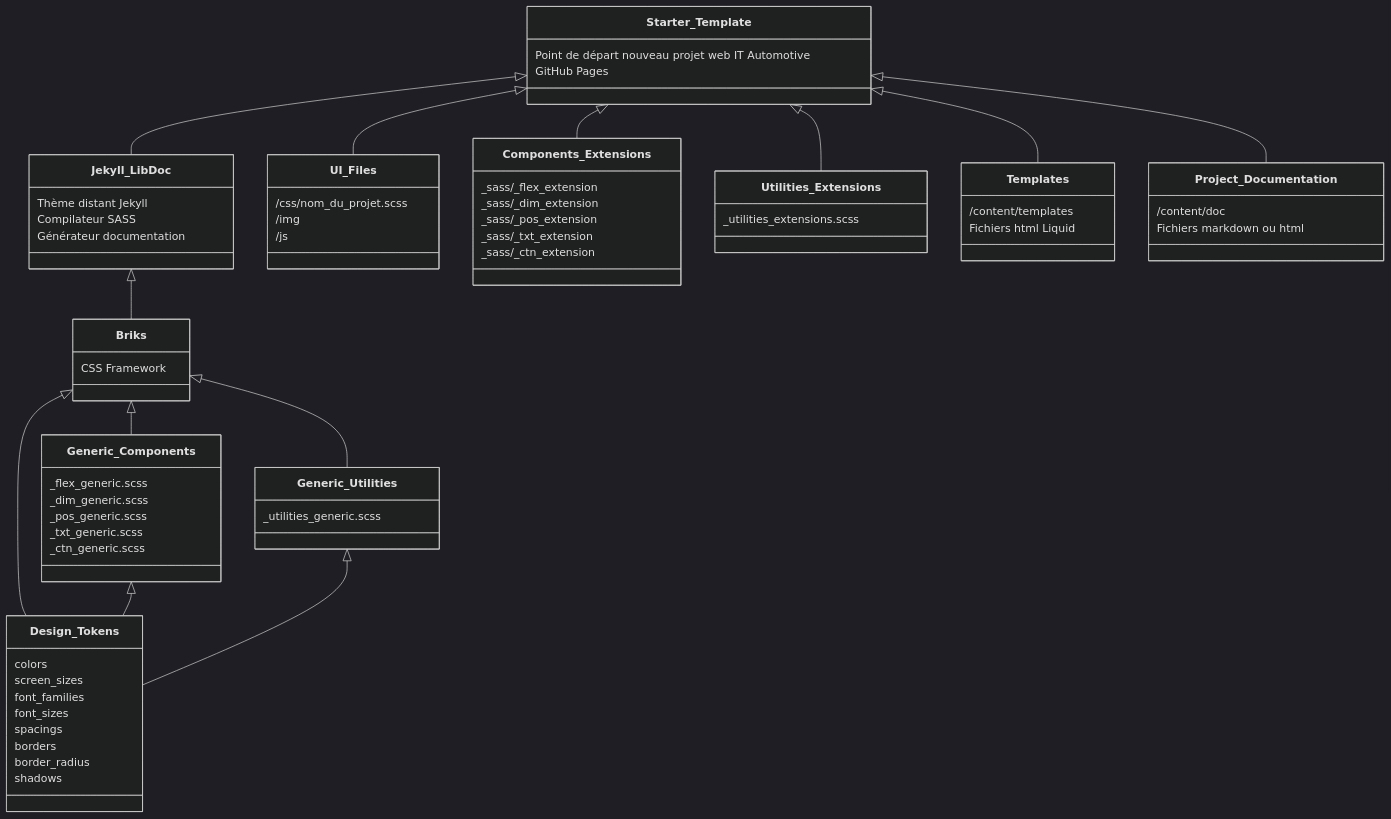
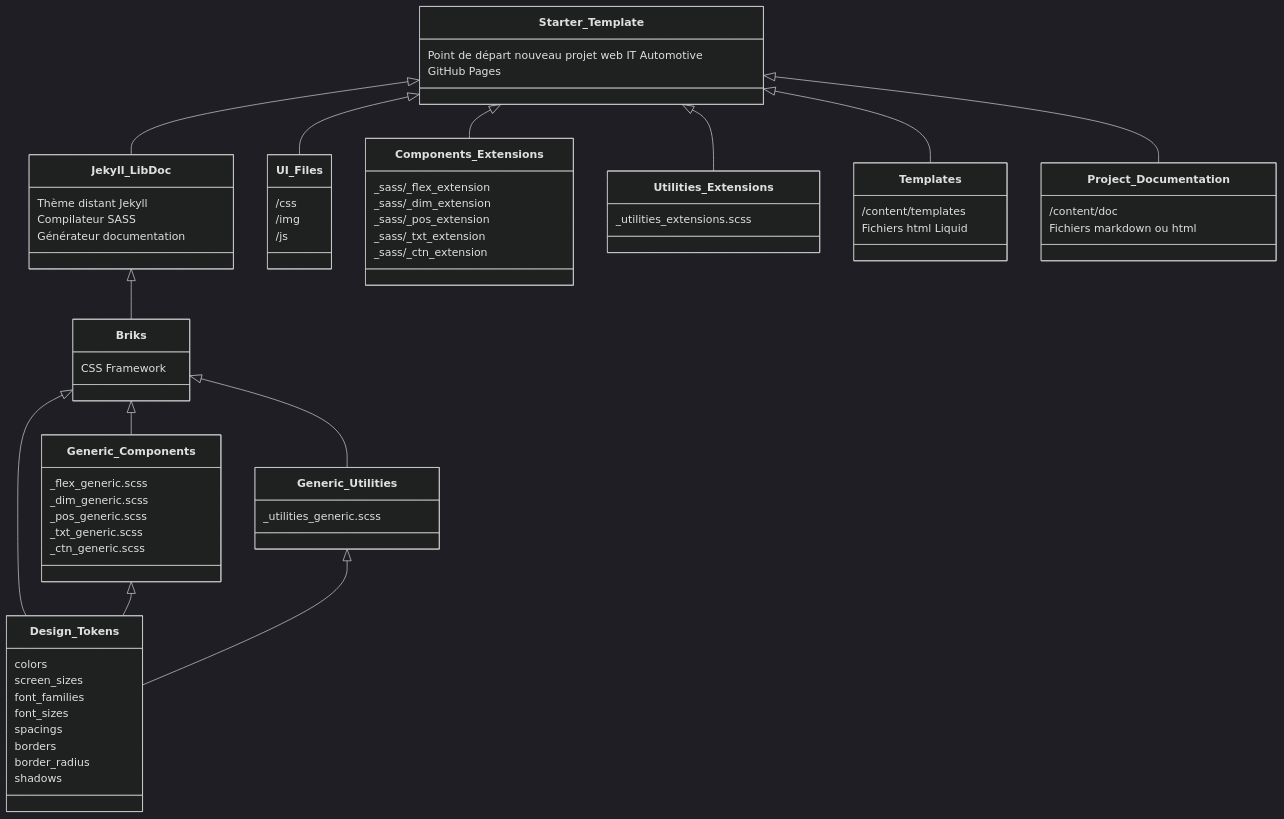
Before and after one commit to ita-design-system/starter-template: the diagram in README.md, drawn with Mermaid (dark theme). The commit also changed other lines of this file and 4 other files, not shown here.

````diff
--- a/README.md
+++ b/README.md
@@ -5,70 +5,70 @@
 ```mermaid
 classDiagram
     Jekyll_LibDoc <|-- Briks
     Briks <|-- Generic_Utilities
     Briks <|-- Generic_Components
     Briks <|-- Design_Tokens
     Starter_Template <|-- Jekyll_LibDoc
     Starter_Template <|-- UI_Files
     Starter_Template <|-- Components_Extensions
     Starter_Template <|-- Utilities_Extensions
     Starter_Template <|-- Templates
     Starter_Template <|-- Project_Documentation
     Generic_Components <|-- Design_Tokens
     Generic_Utilities <|-- Design_Tokens
     class Starter_Template {
         Point de départ nouveau projet web IT Automotive
         GitHub Pages
     }
     class Jekyll_LibDoc{
         Thème distant Jekyll
         Compilateur SASS
         Générateur documentation
     }
     class Project_Documentation {
         /content/doc
         Fichiers markdown ou html
     }
     class Templates {
         /content/templates
         Fichiers html Liquid
     }
     class Components_Extensions {
         _sass/_flex_extension
         _sass/_dim_extension
         _sass/_pos_extension
         _sass/_txt_extension
         _sass/_ctn_extension
     }
     class Generic_Components {
         _flex_generic.scss
         _dim_generic.scss
         _pos_generic.scss
         _txt_generic.scss
         _ctn_generic.scss
     }
     class Generic_Utilities {
         _utilities_generic.scss
     }
     class Utilities_Extensions {
         _utilities_extensions.scss
     }
     class Briks{
         CSS Framework
     }
     class Design_Tokens {
         colors
         screen_sizes
         font_families
         font_sizes
         spacings
         borders
         border_radius
         shadows
     }
     class UI_Files {
-        /css/nom_du_projet.scss
+        /css
         /img
         /js
     }
 ```
````
